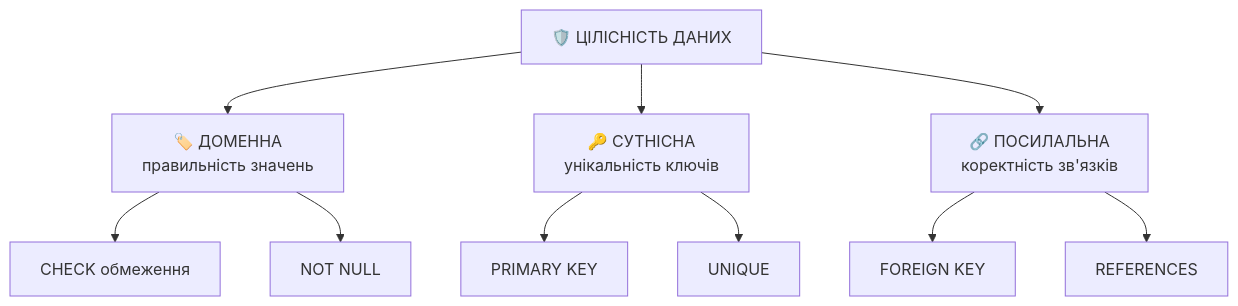
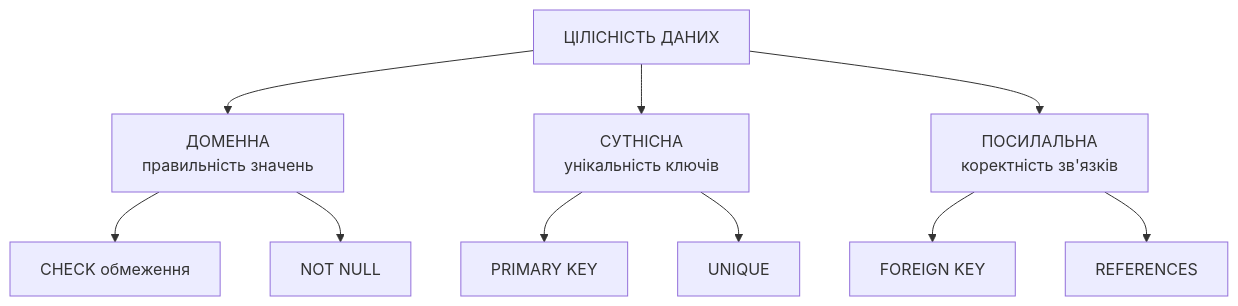
Before and after one commit to olroi421/course-bd: the second of 8 diagrams in docs/presentations/presentation-04.md, drawn with Mermaid. The commit also changed other lines of this file and 1 other file, not shown here.

````diff
--- a/docs/presentations/presentation-04.md
+++ b/docs/presentations/presentation-04.md
@@ -249,15 +250,15 @@
 ```mermaid
 graph TD
-    A[🛡️ ЦІЛІСНІСТЬ ДАНИХ] --> B[🏷️ ДОМЕННА<br/>правильність значень]
-    A --> C[🔑 СУТНІСНА<br/>унікальність ключів]
-    A --> D[🔗 ПОСИЛАЛЬНА<br/>коректність зв'язків]
+    A[ЦІЛІСНІСТЬ ДАНИХ] --> B[ДОМЕННА<br/>правильність значень]
+    A --> C[СУТНІСНА<br/>унікальність ключів]
+    A --> D[ПОСИЛАЛЬНА<br/>коректність зв'язків]
 
     B --> E[CHECK обмеження]
     B --> F[NOT NULL]
 
     C --> G[PRIMARY KEY]
     C --> H[UNIQUE]
 
     D --> I[FOREIGN KEY]
     D --> J[REFERENCES]
 ```
````
